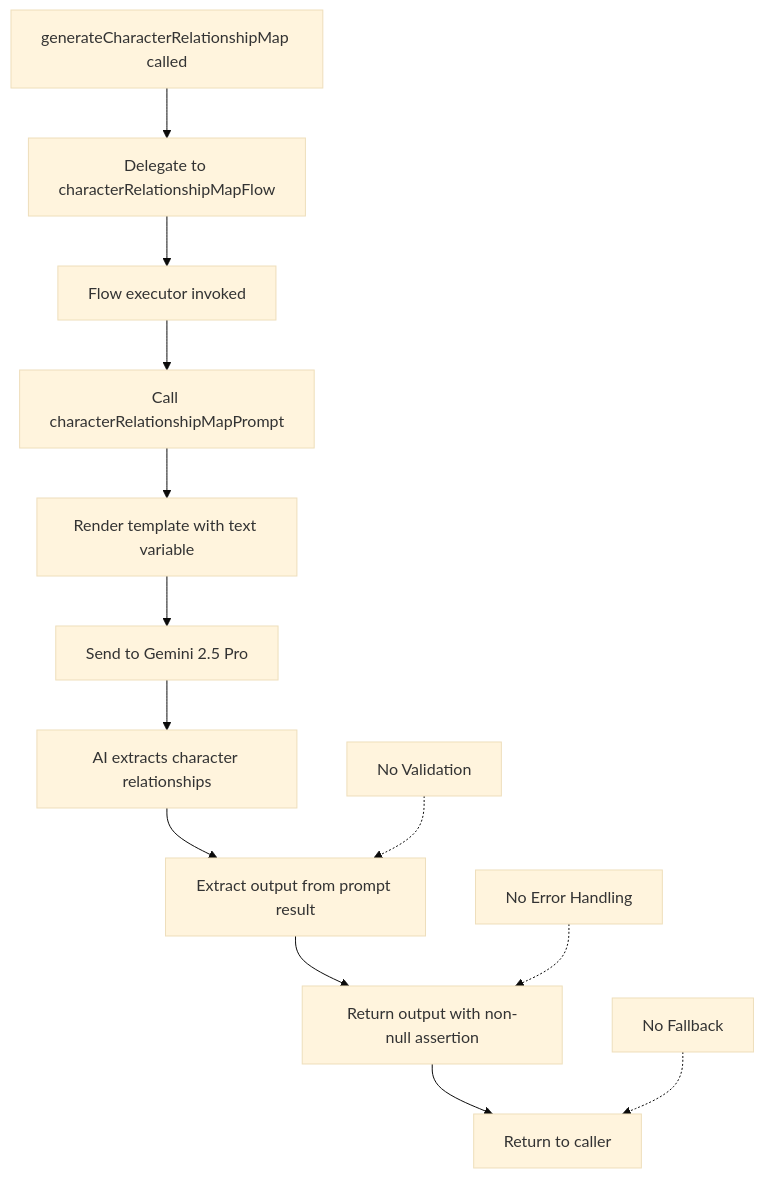
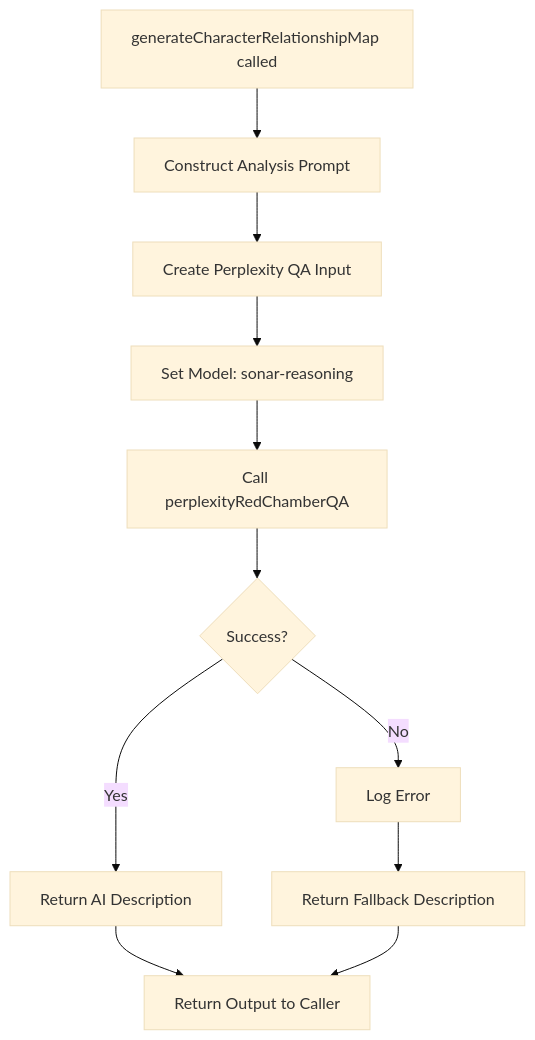
The third of 4 diagrams in docs/structure_module_infoMD/AI Flow Modules/qa-and-visualization_modules_info.md (CongJie-Pan/TheChamber_Of_RedMansion_FireBaseStudio), drawn with Mermaid (base theme) before and after one commit. The commit also changed other lines of this file and 90 other files, not shown here.

````diff
--- a/docs/structure_module_infoMD/AI Flow Modules/qa-and-visualization_modules_info.md
+++ b/docs/structure_module_infoMD/AI Flow Modules/qa-and-visualization_modules_info.md
@@ -277,17 +267,15 @@
 ```mermaid
 flowchart TD
-    A[generateCharacterRelationshipMap called] --> B[Delegate to characterRelationshipMapFlow]
-    B --> C[Flow executor invoked]
-    C --> D[Call characterRelationshipMapPrompt]
-    D --> E[Render template with text variable]
-    E --> F[Send to Gemini 2.5 Pro]
-
-    F --> G[AI extracts character relationships]
-    G --> H[Extract output from prompt result]
-    H --> I[Return output with non-null assertion]
-    I --> J[Return to caller]
-
-    Note1[No Validation] -.-> H
-    Note2[No Error Handling] -.-> I
-    Note3[No Fallback] -.-> J
+    A[generateCharacterRelationshipMap called] --> B[Construct Analysis Prompt]
+    B --> C[Create Perplexity QA Input]
+    C --> D[Set Model: sonar-reasoning]
+    D --> E[Call perplexityRedChamberQA]
+    
+    E --> F{Success?}
+    F -- Yes --> G[Return AI Description]
+    F -- No --> H[Log Error]
+    H --> I[Return Fallback Description]
+    
+    G --> J[Return Output to Caller]
+    I --> J
 ```
````
